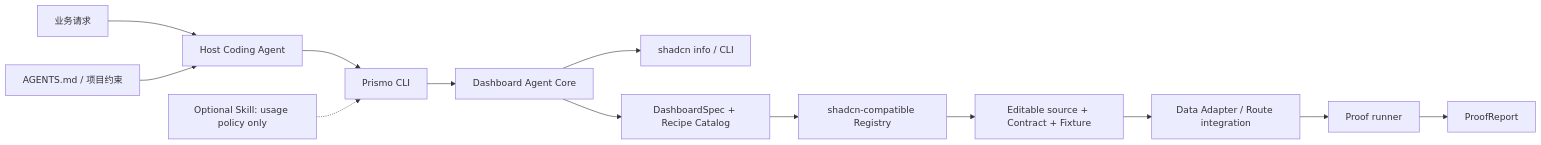
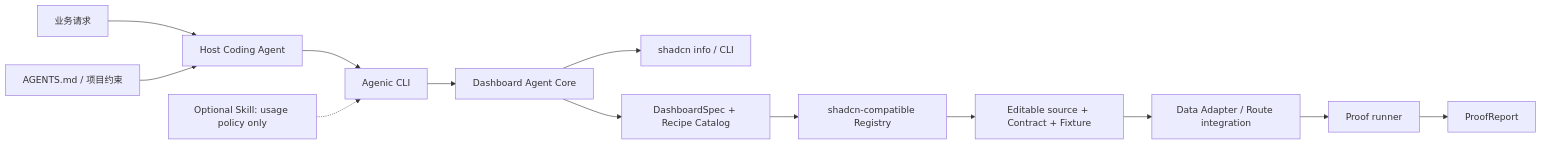
One commit to ckken/prismo changed the diagram in docs/product/dashboard-agent-evolution.md. Above: the diagram before and after it, drawn with Mermaid. The commit also changed other lines of this file and 60 other files, not shown here.

````diff
--- a/docs/product/dashboard-agent-evolution.md
+++ b/docs/product/dashboard-agent-evolution.md
@@ -16,15 +16,15 @@
 ```mermaid
 flowchart LR
   A["业务请求"] --> B["Host Coding Agent"]
   G["AGENTS.md / 项目约束"] --> B
-  B --> C["Prismo CLI"]
+  B --> C["Agenic CLI"]
   C --> D["Dashboard Agent Core"]
   D --> E["shadcn info / CLI"]
   D --> F["DashboardSpec + Recipe Catalog"]
   F --> H["shadcn-compatible Registry"]
   H --> I["Editable source + Contract + Fixture"]
   I --> J["Data Adapter / Route integration"]
   J --> K["Proof runner"]
   K --> L["ProofReport"]
   N["Optional Skill: usage policy only"] -.-> C
 ```
````
